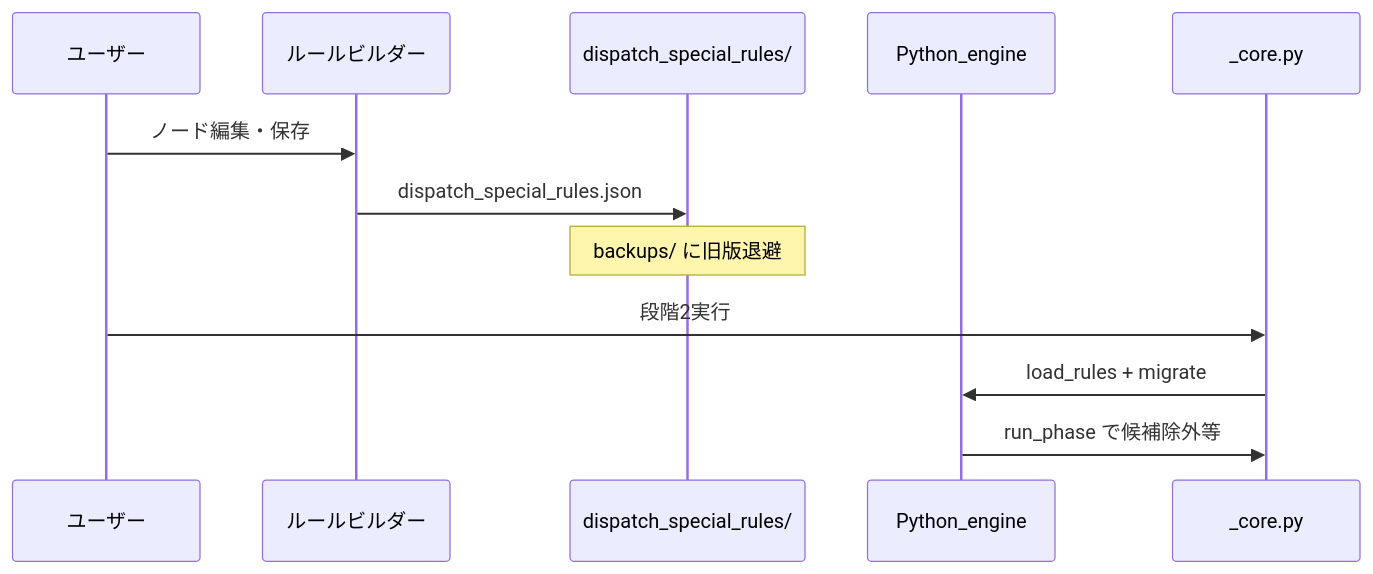
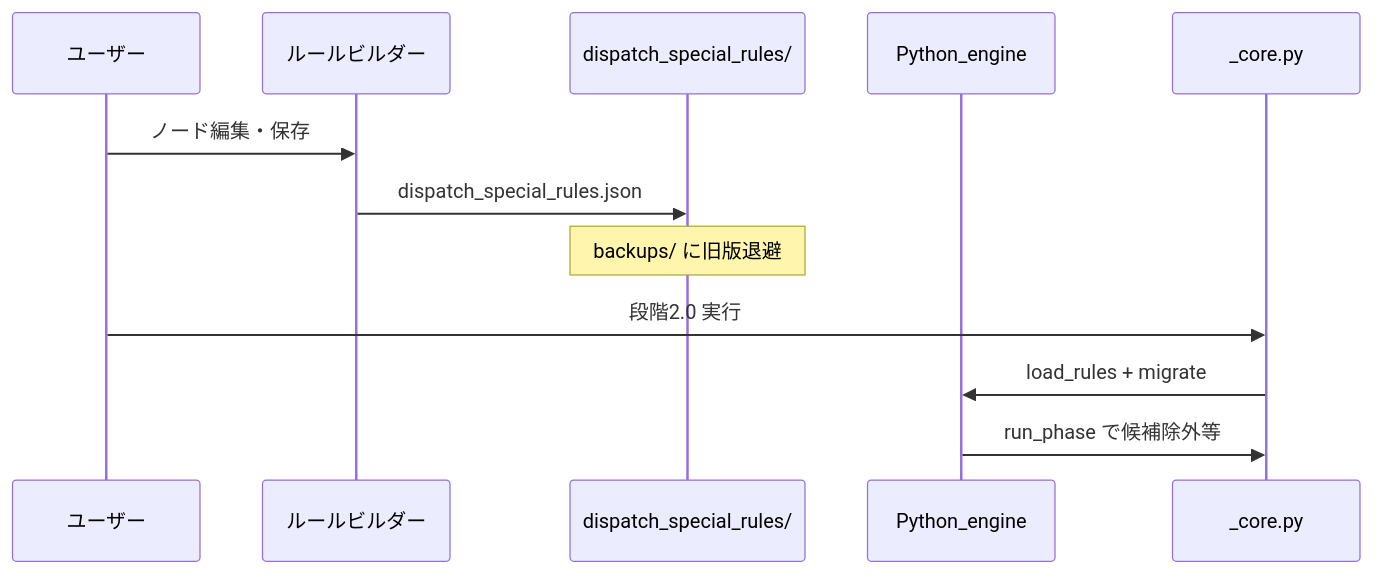
Before and after one commit to hosokawanagaokasangyou-dotcom/Production-Control-System: the fifth of 15 diagrams in .cursor/plans/dispatch_special_rules_node_ui.plan.md, drawn with Mermaid. The commit also changed other lines of this file and 44 other files, not shown here.

````diff
--- a/.cursor/plans/dispatch_special_rules_node_ui.plan.md
+++ b/.cursor/plans/dispatch_special_rules_node_ui.plan.md
@@ -217,15 +312,15 @@
 ```mermaid
 sequenceDiagram
   participant User as ユーザー
   participant UI as ルールビルダー
   participant Folder as dispatch_special_rules/
   participant Py as Python_engine
   participant Core as _core.py
 
   User->>UI: ノード編集・保存
   UI->>Folder: dispatch_special_rules.json
   Note over Folder: backups/ に旧版退避
-  User->>Core: 段階2実行
+  User->>Core: 段階2.0 実行
   Core->>Py: load_rules + migrate
   Py->>Core: run_phase で候補除外等
 ```
````
